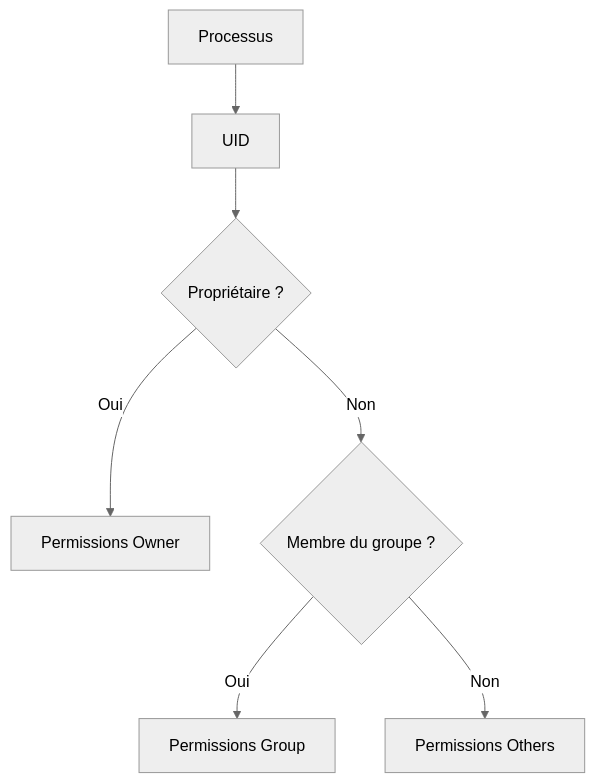
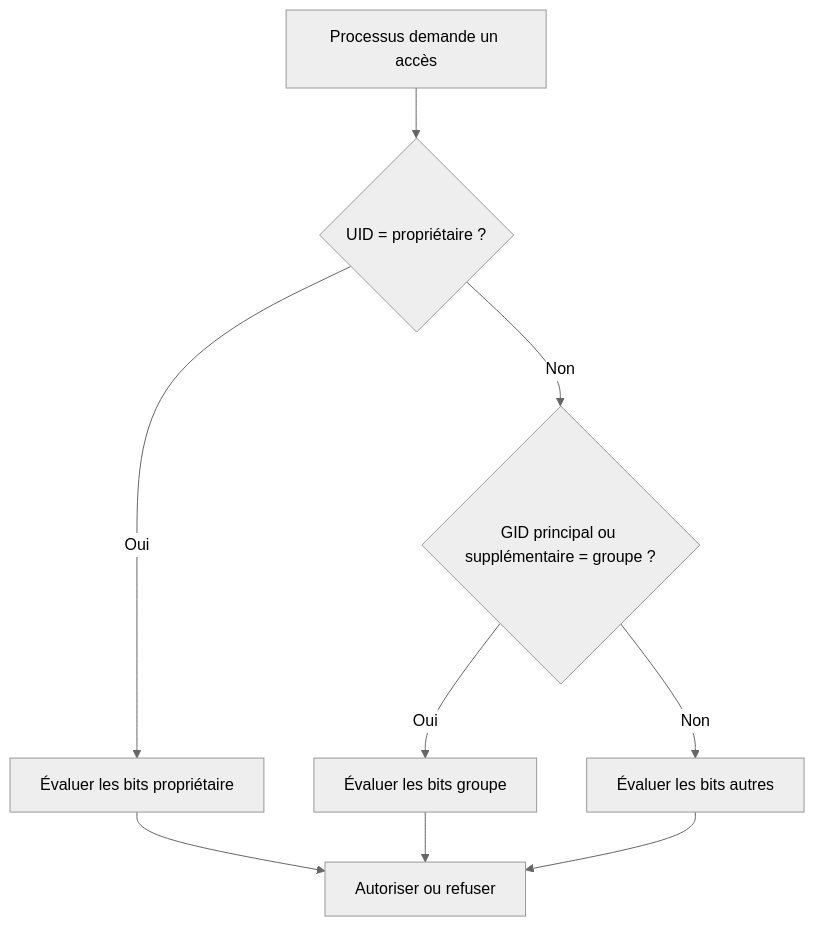
Before and after one commit to tdelaclos/formations: the third of 4 diagrams in campagne 1/1.7-utilisateurs-groupes-permissions.md, drawn with Mermaid (neutral theme). The commit also changed other lines of this file and 10 other files, not shown here.

````diff
--- a/campagne 1/1.7-utilisateurs-groupes-permissions.md
+++ b/campagne 1/1.7-utilisateurs-groupes-permissions.md
@@ -738,24 +150,11 @@
 ```mermaid
 flowchart TD
-
-A["Processus"]
-
-B["UID"]
-
-C{"Propriétaire ?"}
-
-D["Permissions Owner"]
-
-E{"Membre du groupe ?"}
-
-F["Permissions Group"]
-
-G["Permissions Others"]
-
-A --> B
-B --> C
-C -->|Oui| D
-C -->|Non| E
-E -->|Oui| F
-E -->|Non| G
+    Request["Processus demande un accès"] --> Owner{"UID = propriétaire ?"}
+    Owner -->|Oui| OwnerBits["Évaluer les bits propriétaire"]
+    Owner -->|Non| Group{"GID principal ou supplémentaire = groupe ?"}
+    Group -->|Oui| GroupBits["Évaluer les bits groupe"]
+    Group -->|Non| OtherBits["Évaluer les bits autres"]
+    OwnerBits --> Result["Autoriser ou refuser"]
+    GroupBits --> Result
+    OtherBits --> Result
 ```
````
